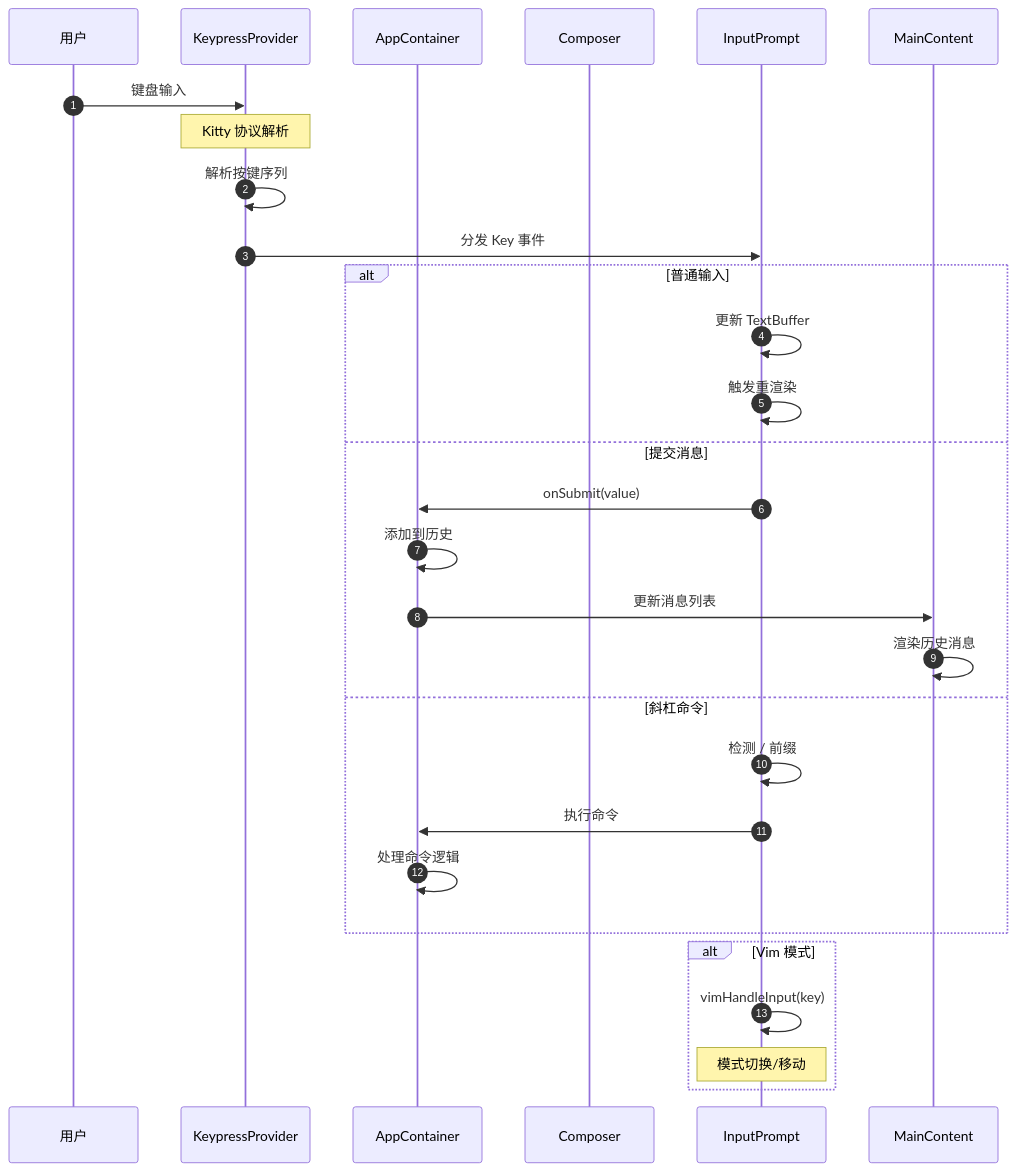
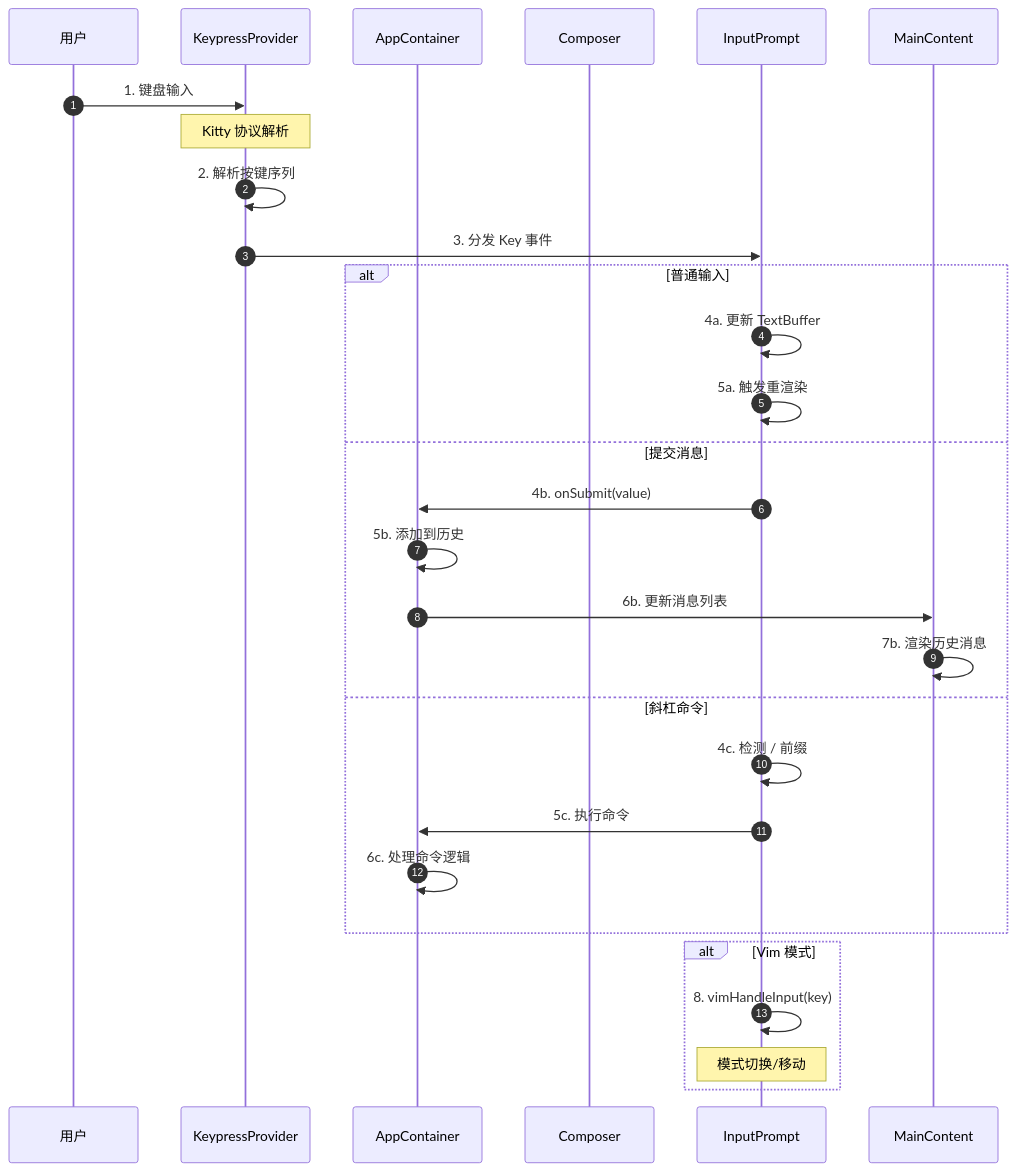
One commit to giraffe-tree/agent-base changed the first of 12 diagrams in docs/qwen-code/08-qwen-code-ui-interaction.md. Above: the diagram before and after it, drawn with Mermaid. The commit also changed other lines of this file and 155 other files, not shown here.

````diff
--- a/docs/qwen-code/08-qwen-code-ui-interaction.md
+++ b/docs/qwen-code/08-qwen-code-ui-interaction.md
@@ -100,34 +122,34 @@
 ```mermaid
 sequenceDiagram
     autonumber
     participant U as 用户
     participant K as KeypressProvider
     participant A as AppContainer
     participant C as Composer
     participant I as InputPrompt
     participant M as MainContent
 
-    U->>K: 键盘输入
+    U->>K: 1. 键盘输入
     Note over K: Kitty 协议解析
-    K->>K: 解析按键序列
-    K->>I: 分发 Key 事件
+    K->>K: 2. 解析按键序列
+    K->>I: 3. 分发 Key 事件
 
     alt 普通输入
-        I->>I: 更新 TextBuffer
-        I->>I: 触发重渲染
+        I->>I: 4a. 更新 TextBuffer
+        I->>I: 5a. 触发重渲染
     else 提交消息
-        I->>A: onSubmit(value)
-        A->>A: 添加到历史
-        A->>M: 更新消息列表
-        M->>M: 渲染历史消息
+        I->>A: 4b. onSubmit(value)
+        A->>A: 5b. 添加到历史
+        A->>M: 6b. 更新消息列表
+        M->>M: 7b. 渲染历史消息
     else 斜杠命令
-        I->>I: 检测 / 前缀
-        I->>A: 执行命令
-        A->>A: 处理命令逻辑
+        I->>I: 4c. 检测 / 前缀
+        I->>A: 5c. 执行命令
+        A->>A: 6c. 处理命令逻辑
     end
 
     alt Vim 模式
-        I->>I: vimHandleInput(key)
+        I->>I: 8. vimHandleInput(key)
         Note over I: 模式切换/移动
     end
 ```
````
